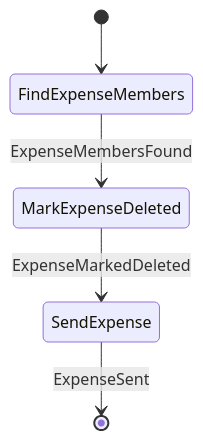
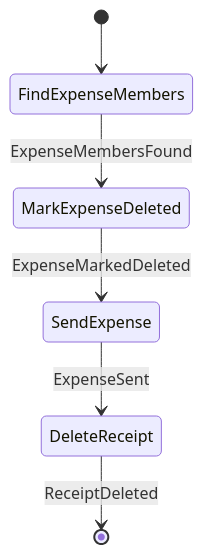
Before and after one commit to cbgm/Sparrow: the third of 14 diagrams in docs/architecture/workflows/groupstate.md, drawn with Mermaid. The commit also changed other lines of this file and 61 other files, not shown here.

Commit message:
Add receipt functionality for close expenses, delete expense and edit expense

````diff
--- a/docs/architecture/workflows/groupstate.md
+++ b/docs/architecture/workflows/groupstate.md
@@ -81,7 +82,8 @@
 ```mermaid
 stateDiagram-v2
     [*] --> FindExpenseMembers
     FindExpenseMembers --> MarkExpenseDeleted : ExpenseMembersFound
     MarkExpenseDeleted --> SendExpense : ExpenseMarkedDeleted
-    SendExpense --> [*] : ExpenseSent
+    SendExpense --> DeleteReceipt : ExpenseSent
+    DeleteReceipt --> [*] : ReceiptDeleted
 ```
````
